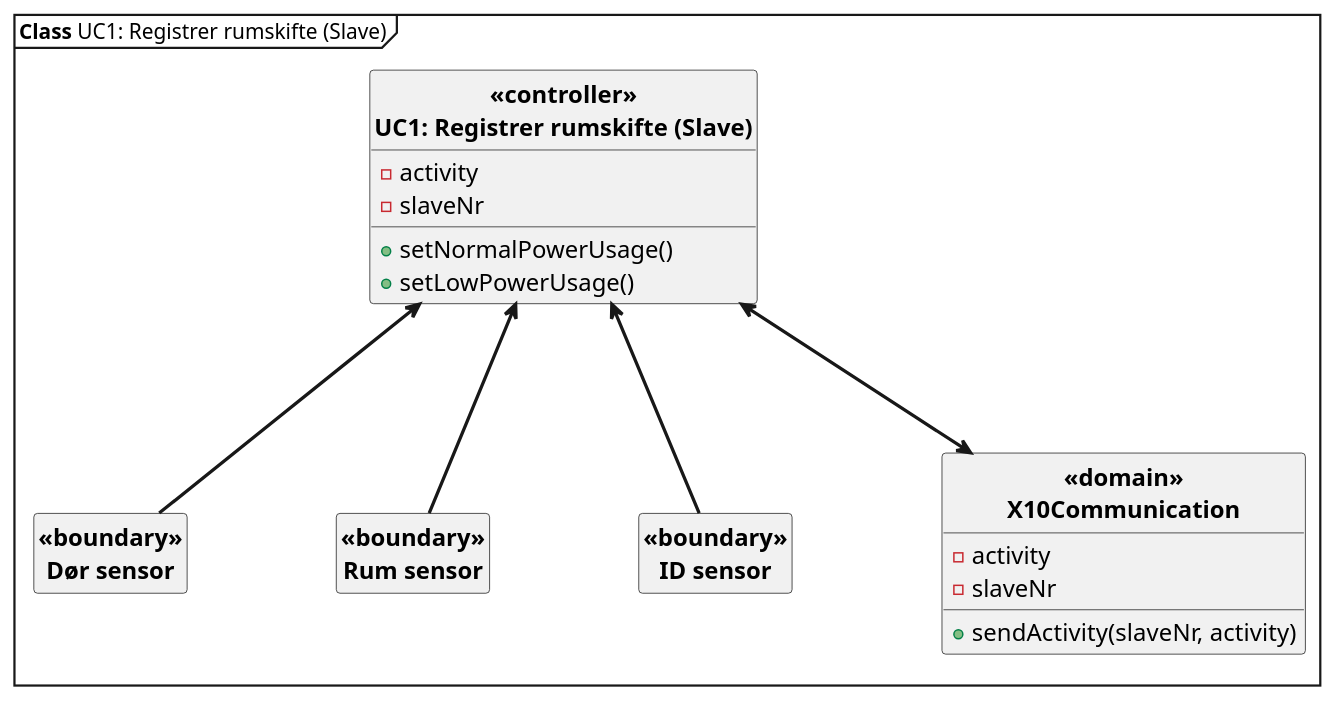
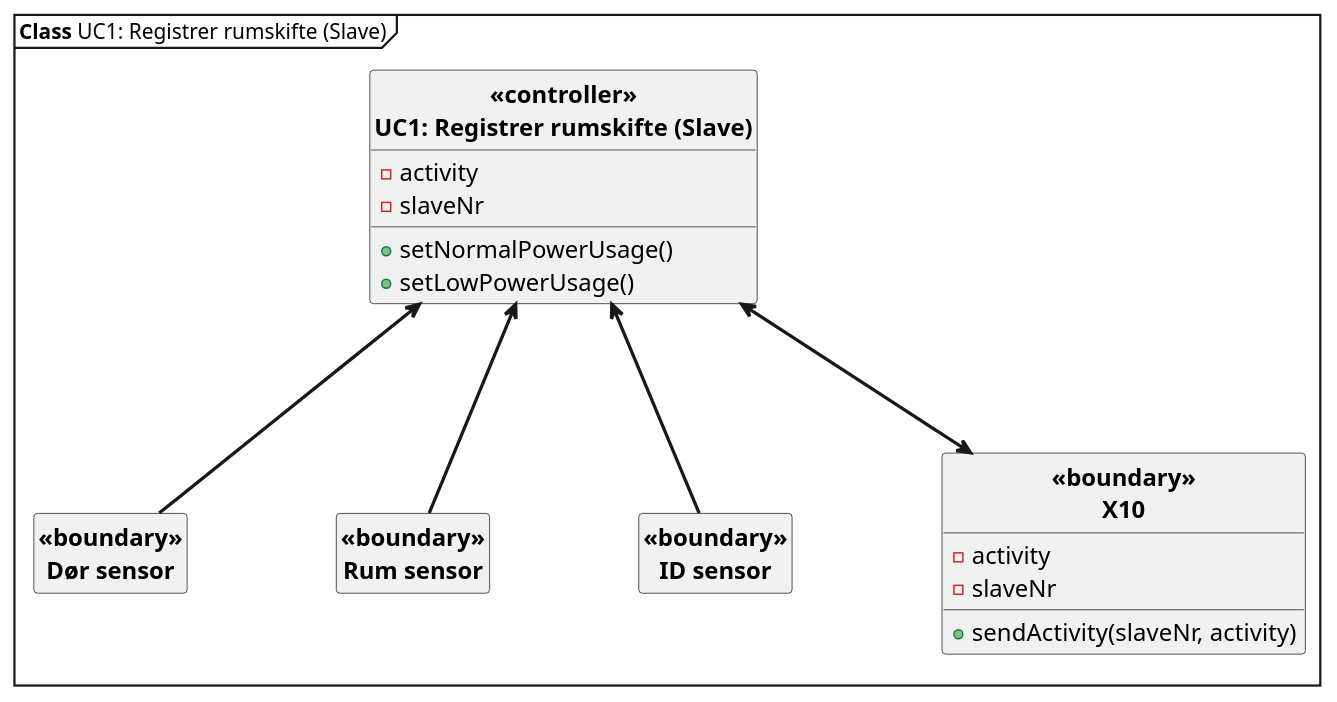
The diagram in Updated SysML/Software Arkitektur-Design/UC1 AM/UC1 class Slave.puml (Tukkel/Projekt_2), drawn with PlantUML before and after one commit. The commit also changed 1 other file, not shown here.

```diff
--- a/Updated SysML/Software Arkitektur-Design/UC1 AM/UC1 class Slave.puml
+++ b/Updated SysML/Software Arkitektur-Design/UC1 AM/UC1 class Slave.puml
@@ -1,45 +1,45 @@
 @startuml UC1 class Slave
 ' Default param deffinition
 skinparam style strictuml
 skinparam DefaultFontSize 16
 skinparam DefaultFontName times new roman
 skinparam ArrowFontSize 16
 skinparam ArrowThickness 2.2
 skinparam Linetype poly
 skinparam ranksep 100
 skinparam nodesep 100
 hide empty members
 
 
 mainframe **Class** UC1: Registrer rumskifte (Slave)
 
 ' Class definition
 Class "**<<boundary>>**\n**Dør sensor**" as DS{
 }
 
 Class "**<<boundary>>**\n**Rum sensor**" as RS{
 }
 
 Class "**<<boundary>>**\n**ID sensor**" as IDS{
 }
 
 
 Class "**<<controller>>**\n**UC1: Registrer rumskifte (Slave)**" as SS{
 + setNormalPowerUsage()
 + setLowPowerUsage()
 - activity
 - slaveNr
 }
 
-Class "**<<domain>>**\n**X10Communication**" as X10{
+Class "**<<boundary>>**\n**X10**" as X10{
 + sendActivity(slaveNr, activity)
 - activity
 - slaveNr
 }
 
 ' Conection definition
 SS <-- DS
 SS <-- RS
 SS <-- IDS
 SS <--> X10
 @enduml
```
